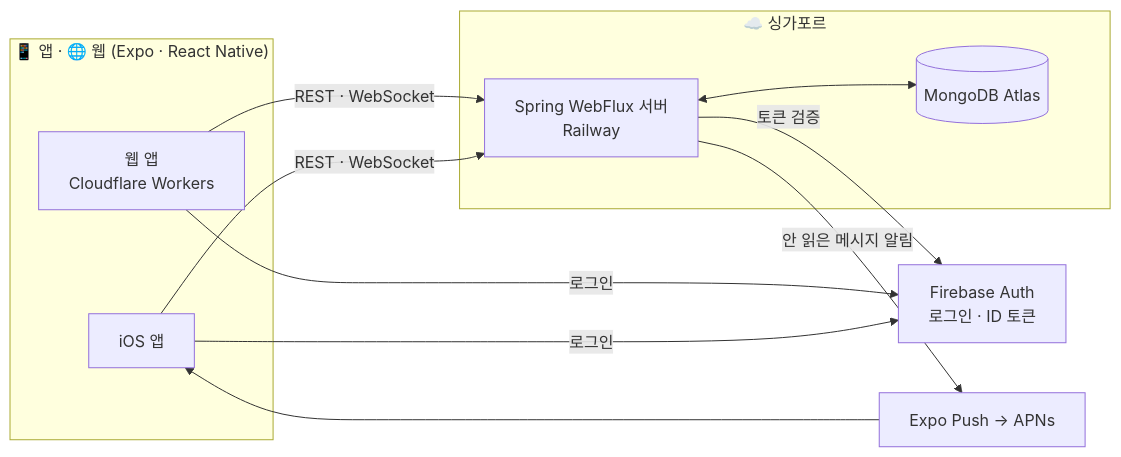
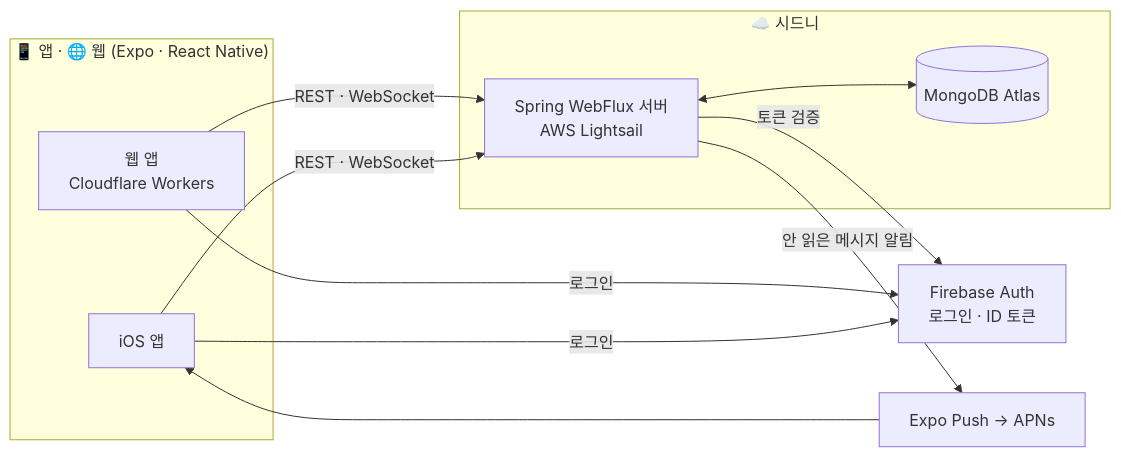
The diagram in README-kr.md (ottuck/puny-chat), drawn with Mermaid before and after one commit. The commit also changed other lines of this file and 17 other files, not shown here.

First line of the commit message:
docs: Lightsail 이전 반영과 Terraform의 Railway 리소스 제거

````diff
--- a/README-kr.md
+++ b/README-kr.md
@@ -94,25 +94,25 @@
 ```mermaid
 flowchart LR
     subgraph Client["📱 앱 · 🌐 웹 (Expo · React Native)"]
         App["iOS 앱"]
         Web["웹 앱<br/>Cloudflare Workers"]
     end
 
     Firebase["Firebase Auth<br/>로그인 · ID 토큰"]
 
-    subgraph Cloud["☁️ 싱가포르"]
-        Server["Spring WebFlux 서버<br/>Railway"]
+    subgraph Cloud["☁️ 시드니"]
+        Server["Spring WebFlux 서버<br/>AWS Lightsail"]
         DB[("MongoDB Atlas")]
     end
 
     Expo["Expo Push → APNs"]
 
     App -- 로그인 --> Firebase
     Web -- 로그인 --> Firebase
     App -- "REST · WebSocket" --> Server
     Web -- "REST · WebSocket" --> Server
     Server -- 토큰 검증 --> Firebase
     Server <--> DB
     Server -- 안 읽은 메시지 알림 --> Expo
     Expo --> App
 ```
````
